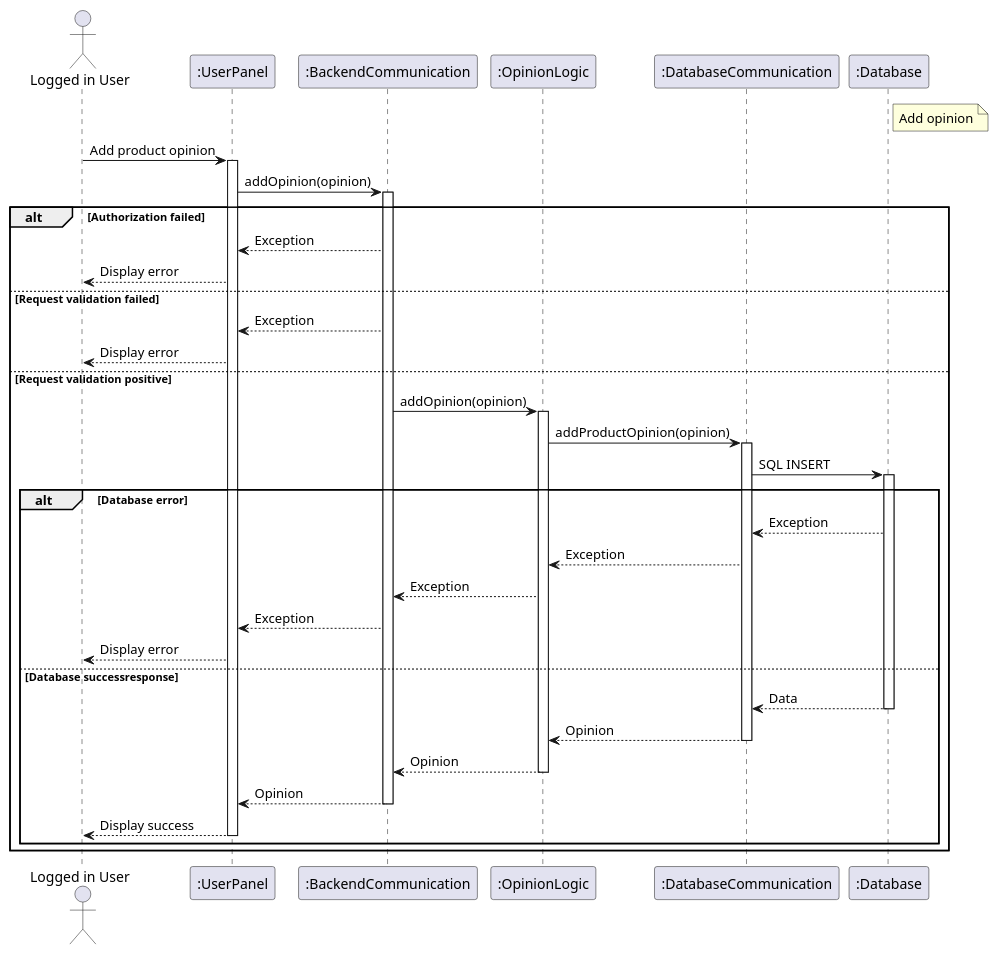
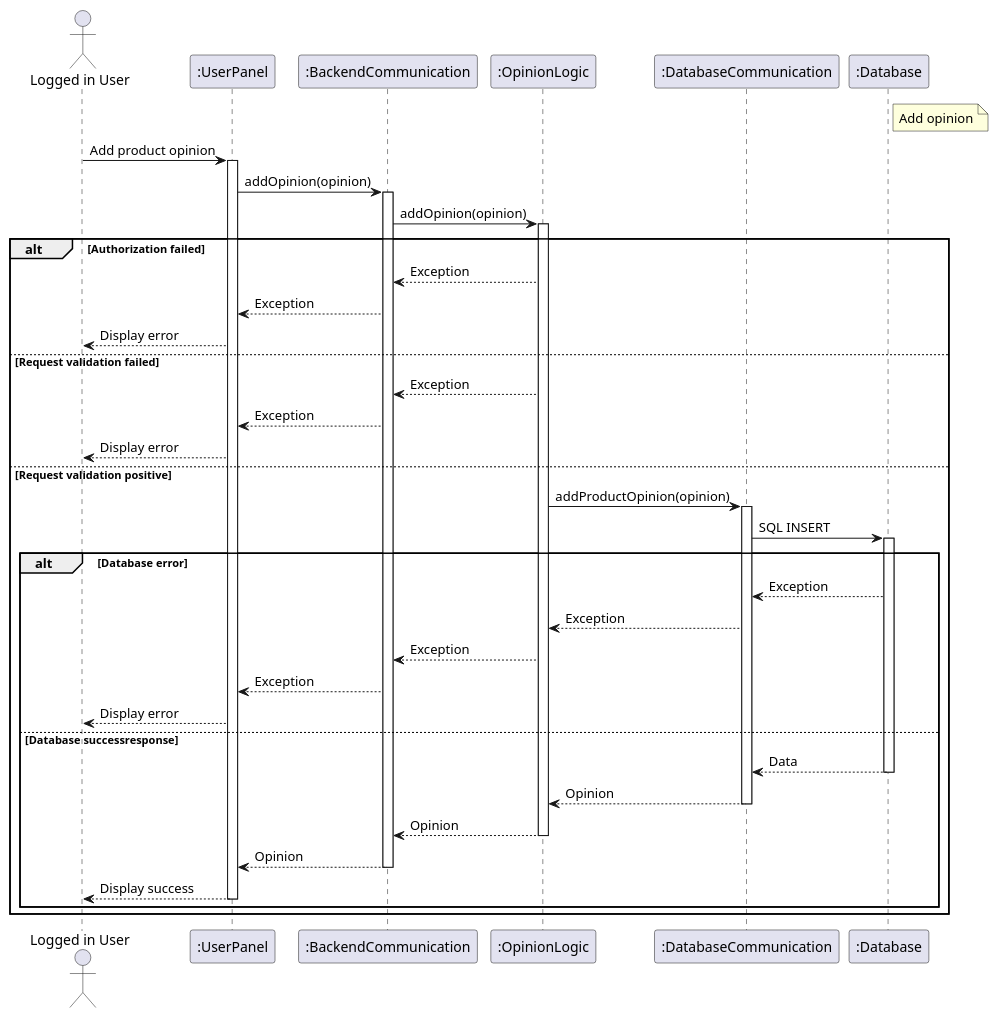
The second of 2 diagrams in WholeApplicationFlowDiagrams.md (RadekBucki/OpinionCollectorArchitecture), drawn with PlantUML before and after one commit.

Commit message:
Fix missed flow

````diff
--- a/WholeApplicationFlowDiagrams.md
+++ b/WholeApplicationFlowDiagrams.md
@@ -36,53 +36,55 @@
 ```plantuml
 ```plantuml
 @startuml
     note right of ":Database"
         Add opinion
     endnote
     
     actor       "Logged in User" as User
     participant ":UserPanel"             as UserFE
     participant ":BackendCommunication"  as BeComm
     participant ":OpinionLogic"          as Opinion
     participant ":DatabaseCommunication" as DbComm
     participant ":Database"
     
     User    -> UserFE  : Add product opinion
     activate UserFE
     UserFE  -> BeComm  : addOpinion(opinion)
     activate BeComm
+    BeComm  -> Opinion : addOpinion(opinion)
+    activate Opinion
     alt Authorization failed
+        Opinion --> BeComm : Exception
         BeComm --> UserFE : Exception
         UserFE --> User   : Display error
     else Request validation failed
+        Opinion --> BeComm : Exception
         BeComm --> UserFE : Exception
         UserFE --> User   : Display error
     else Request validation positive
-        BeComm  -> Opinion : addOpinion(opinion)
-        activate Opinion
         Opinion -> DbComm  : addProductOpinion(opinion)
         activate DbComm
         DbComm  -> ":Database"      : SQL INSERT
         activate ":Database"
         alt Database error
             ":Database" --> DbComm      : Exception
             DbComm --> Opinion : Exception
             Opinion --> BeComm : Exception
             BeComm --> UserFE  : Exception
             UserFE --> User    : Display error
         else Database successresponse
             ":Database" --> DbComm      : Data
             deactivate ":Database"
             DbComm --> Opinion : Opinion
             deactivate DbComm
             Opinion --> BeComm : Opinion
             deactivate Opinion
             BeComm --> UserFE  : Opinion
             deactivate BeComm
             UserFE --> User    : Display success
             deactivate UserFE
         end
     end
     
 @enduml
 ```
````
